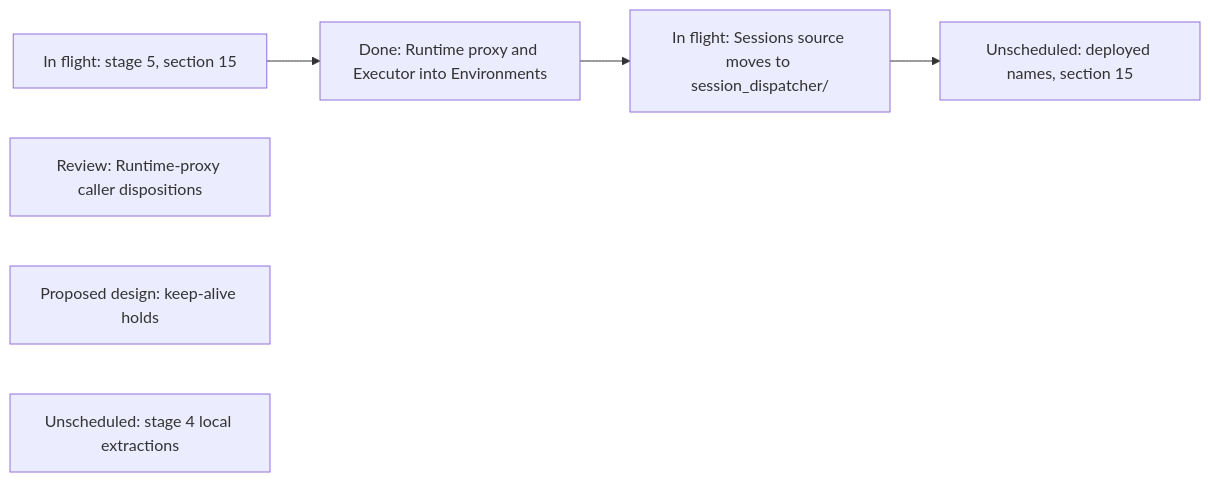
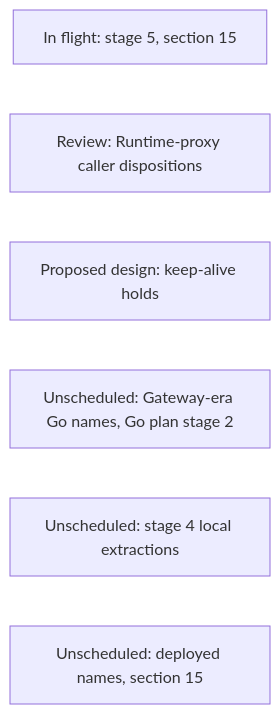
Diagram 20 of 20 in agentplane/plans/task_dag.md (agentydragon/ducktape), drawn with Mermaid before and after one commit. The commit also changed other lines of this file and 1 other file, not shown here.

First line of the commit message:
agentplane/plans: burn down the Runtime proxy and Sessions directory moves

````diff
--- a/agentplane/plans/task_dag.md
+++ b/agentplane/plans/task_dag.md
@@ -3885,13 +3883,9 @@
 ```mermaid
 flowchart LR
     PRIVILEGED_BACKEND_AUTH_DESIGN[In flight: stage 5, section 15]
     RUNTIME_PROXY_CALLER_AUDIT[Review: Runtime-proxy caller dispositions]
-    RUNTIME_PROXY_TO_ENVIRONMENTS[Done: Runtime proxy and Executor into Environments]
-    SESSIONS_BINARY_DIRECTORY[In flight: Sessions source moves to session_dispatcher/]
     ENVIRONMENT_KEEP_ALIVE_HOLDS[Proposed design: keep-alive holds]
+    GATEWAY_ERA_NAMES[Unscheduled: Gateway-era Go names, Go plan stage 2]
     GO_LOCAL_EXTRACTIONS[Unscheduled: stage 4 local extractions]
     RUNNER_GATEWAY_RENAME[Unscheduled: deployed names, section 15]
-    PRIVILEGED_BACKEND_AUTH_DESIGN --> RUNTIME_PROXY_TO_ENVIRONMENTS
-    RUNTIME_PROXY_TO_ENVIRONMENTS --> SESSIONS_BINARY_DIRECTORY
-    SESSIONS_BINARY_DIRECTORY --> RUNNER_GATEWAY_RENAME
 ```
````
